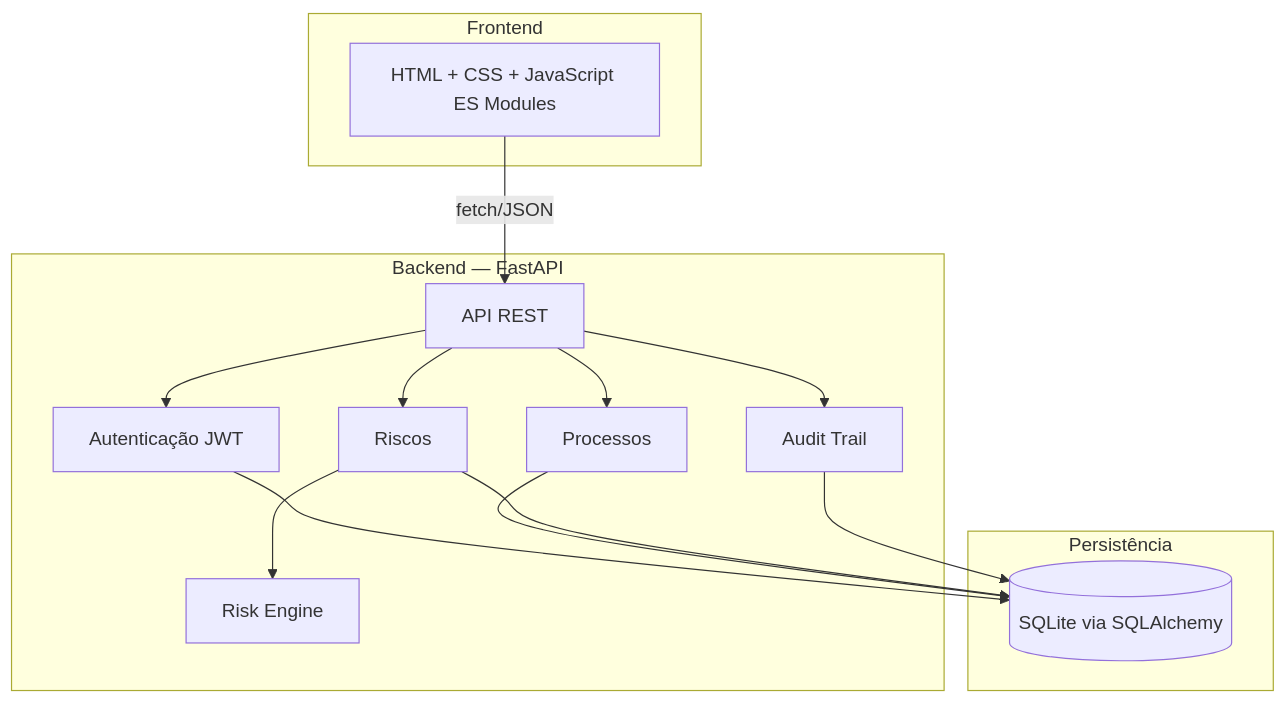
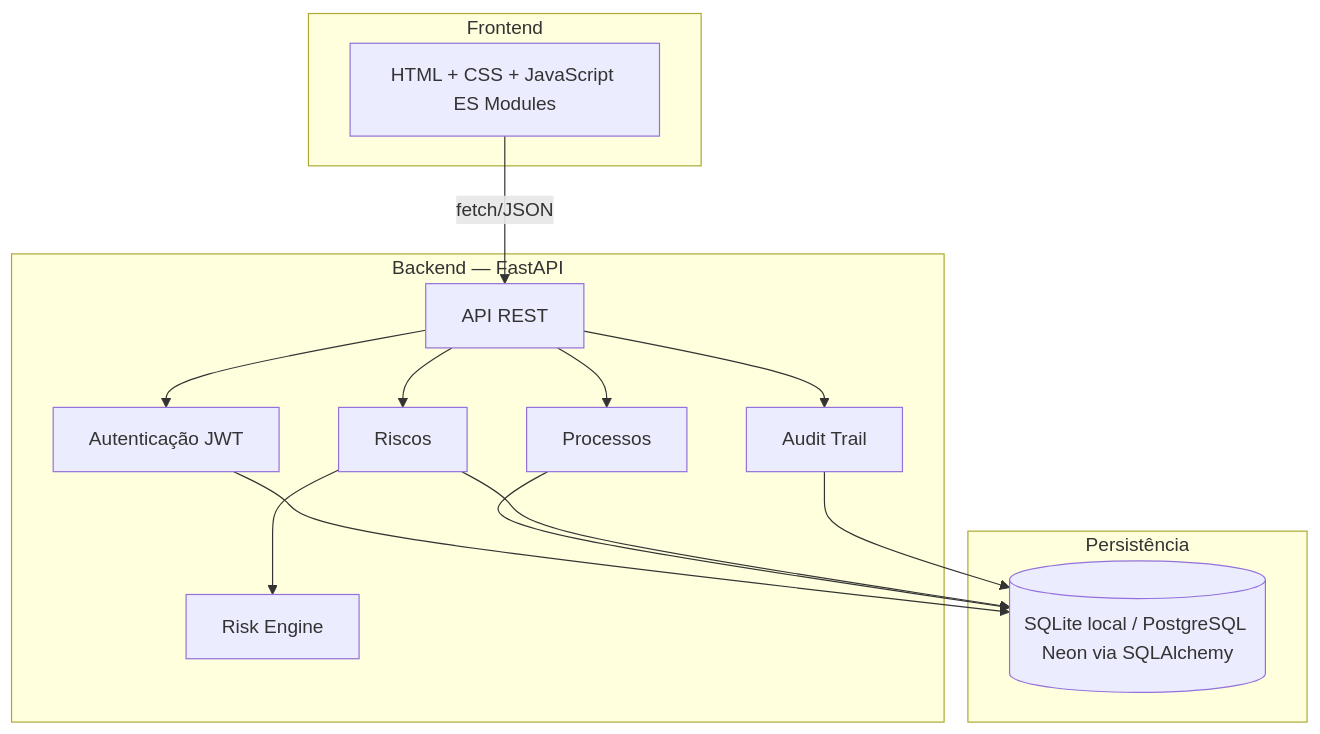
The diagram in README.md (Kayque2203/nexus-risk-platform), drawn with Mermaid before and after one commit. The commit also changed other lines of this file and 1 other file, not shown here.

Commit message:
docs: atualiza diagrama, estrutura, analisador v2 e utc_now

````diff
--- a/README.md
+++ b/README.md
@@ -47,30 +47,30 @@
 ```mermaid
 flowchart TD
     subgraph Client["Frontend"]
         UI[HTML + CSS + JavaScript ES Modules]
     end
 
     subgraph Server["Backend — FastAPI"]
         API[API REST]
         AUTH[Autenticação JWT]
         PROC[Processos]
         RISK[Riscos]
         ENGINE[Risk Engine]
         AUDIT[Audit Trail]
     end
 
     subgraph Data["Persistência"]
-        DB[(SQLite via SQLAlchemy)]
+        DB[(SQLite local / PostgreSQL Neon via SQLAlchemy)]
     end
 
     UI -- fetch/JSON --> API
     API --> AUTH
     API --> PROC
     API --> RISK
     RISK --> ENGINE
     API --> AUDIT
     AUTH --> DB
     PROC --> DB
     RISK --> DB
     AUDIT --> DB
 ```
````
